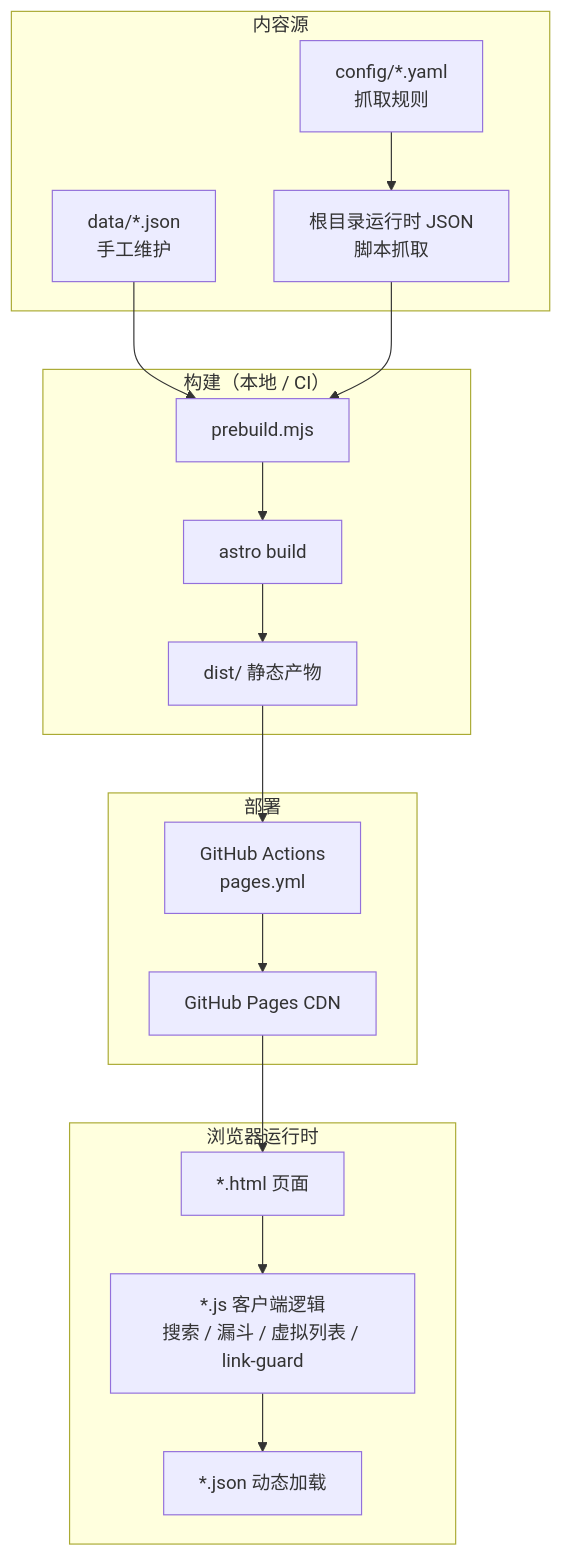
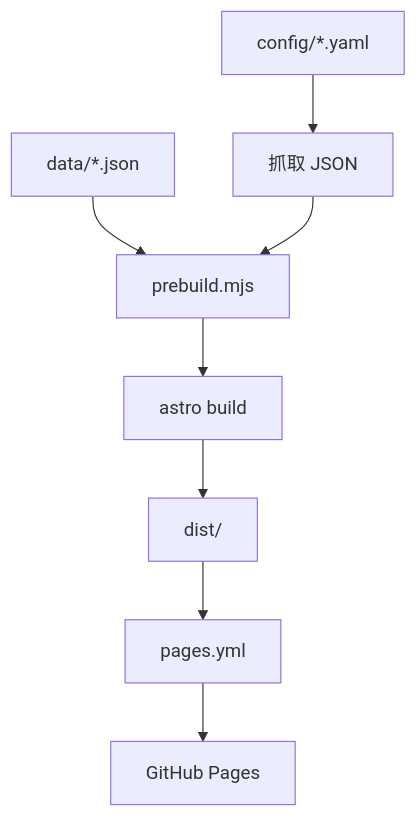
One commit to bio-apple/ai changed the diagram in docs/ARCHITECTURE.md. Above: the diagram before and after it, drawn with Mermaid. The commit also changed other lines of this file and 10 other files, not shown here.

````diff
--- a/docs/ARCHITECTURE.md
+++ b/docs/ARCHITECTURE.md
@@ -11,36 +8,10 @@
 ```mermaid
 flowchart TB
-  subgraph sources["内容源"]
-    DATA["data/*.json<br/>手工维护"]
-    FETCH["根目录运行时 JSON<br/>脚本抓取"]
-    CFG["config/*.yaml<br/>抓取规则"]
-  end
-
-  subgraph build["构建（本地 / CI）"]
-  PRE["prebuild.mjs"]
-  ASTRO["astro build"]
-  DIST["dist/ 静态产物"]
-  end
-
-  subgraph deploy["部署"]
-  GHA["GitHub Actions<br/>pages.yml"]
-  PAGES["GitHub Pages CDN"]
-  end
-
-  subgraph runtime["浏览器运行时"]
-  HTML["*.html 页面"]
-  JS["*.js 客户端逻辑<br/>搜索 / 漏斗 / 虚拟列表 / link-guard"]
-  JSON_RT["*.json 动态加载"]
-  end
-
-  DATA --> PRE
-  FETCH --> PRE
-  CFG --> FETCH
-  PRE --> ASTRO
-  ASTRO --> DIST
-  DIST --> GHA
-  GHA --> PAGES
-  PAGES --> HTML
-  HTML --> JS
-  JS --> JSON_RT
+  DATA["data/*.json"] --> PRE["prebuild.mjs"]
+  FETCH["抓取 JSON"] --> PRE
+  CFG["config/*.yaml"] --> FETCH
+  PRE --> ASTRO["astro build"]
+  ASTRO --> DIST["dist/"]
+  DIST --> GHA["pages.yml"]
+  GHA --> PAGES["GitHub Pages"]
 ```
````
